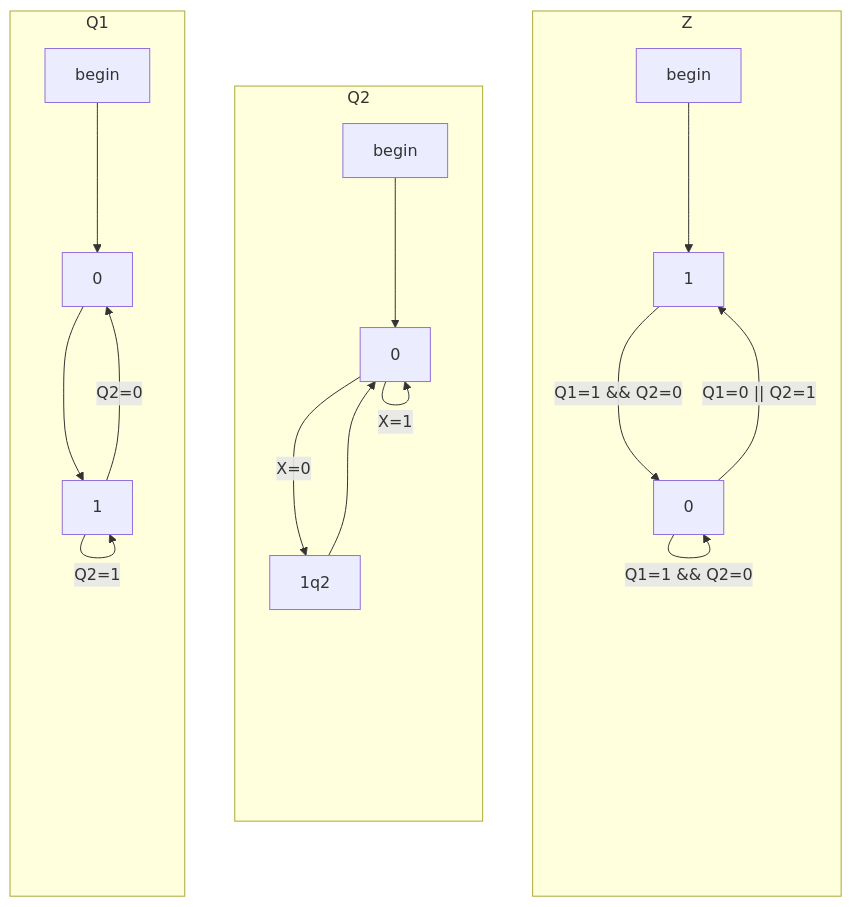
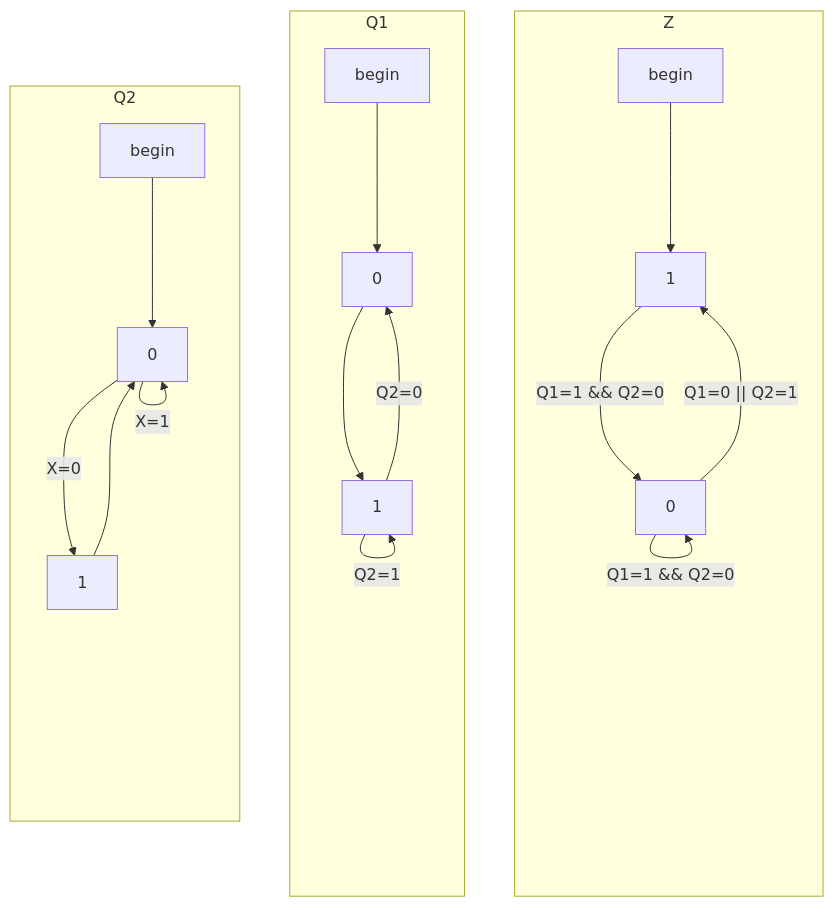
Before and after one commit to tnichols217/notes: the second of 2 diagrams in CSDS 281 - Logic Design/HW/8/Tables.md, drawn with Mermaid.

Commit message:
vault backup: 2024-04-03 22:56:54

````diff
--- a/CSDS 281 - Logic Design/HW/8/Tables.md
+++ b/CSDS 281 - Logic Design/HW/8/Tables.md
@@ -27,22 +27,22 @@
 ```mermaid
 flowchart LR
 subgraph Q1
 beginq1[begin] ---> 0q1[0]
 0q1 ---> 1q1[1]
 1q1 --->|Q2=1| 1q1 
 1q1 --->|Q2=0| 0q1
 end
 subgraph Q2
 beginq2[begin] ---> 0q2[0]
-0q2 --->|X=0| 1q2
+0q2 --->|X=0| 1q2[1]
 0q2 --->|X=1| 0q2
 1q2 ---> 0q2
 end
 subgraph Z
 beginz[begin] ---> 1z[1]
 1z --->|Q1=1 && Q2=0| 0z[0]
 0z --->|Q1=1 && Q2=0| 0z
 0z --->|"Q1=0 || Q2=1"| 1z
 end
-Q1 ~~~ Q2 ~~~ Z
+Q2 ~~~ Q1 ~~~ Z
 ```
````
